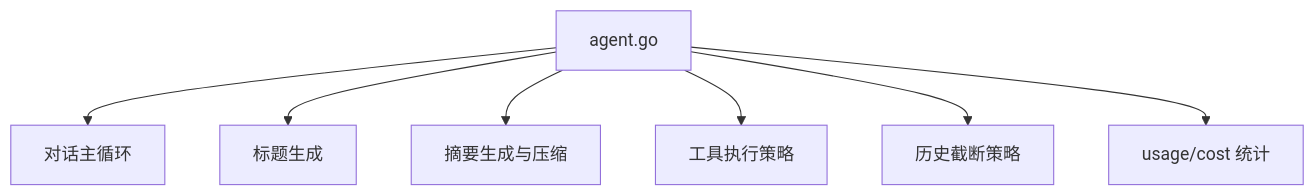
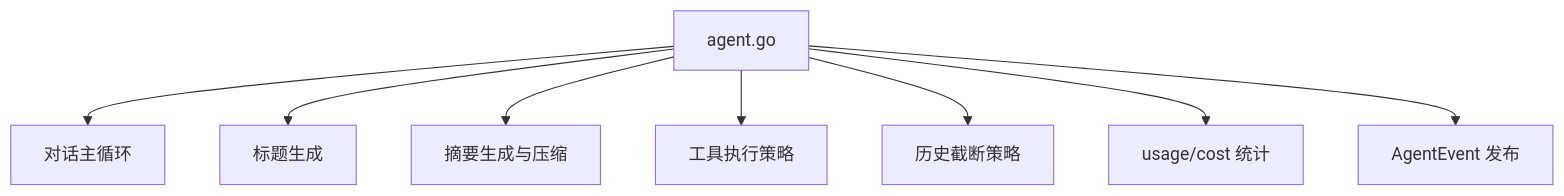
One commit to fengxiaozi-liu/AgentSdk changed the second of 8 diagrams in docs/agent-current-issues.md. Above: the diagram before and after it, drawn with Mermaid. The commit also changed other lines of this file and 1 other file, not shown here.

````diff
--- a/docs/agent-current-issues.md
+++ b/docs/agent-current-issues.md
@@ -62,9 +79,10 @@
 ```mermaid
 flowchart TD
     Agent[agent.go] --> RunLoop[对话主循环]
     Agent --> Title[标题生成]
     Agent --> Summary[摘要生成与压缩]
     Agent --> ToolExec[工具执行策略]
     Agent --> ContextCut[历史截断策略]
     Agent --> Usage[usage/cost 统计]
+    Agent --> Events[AgentEvent 发布]
 ```
````
